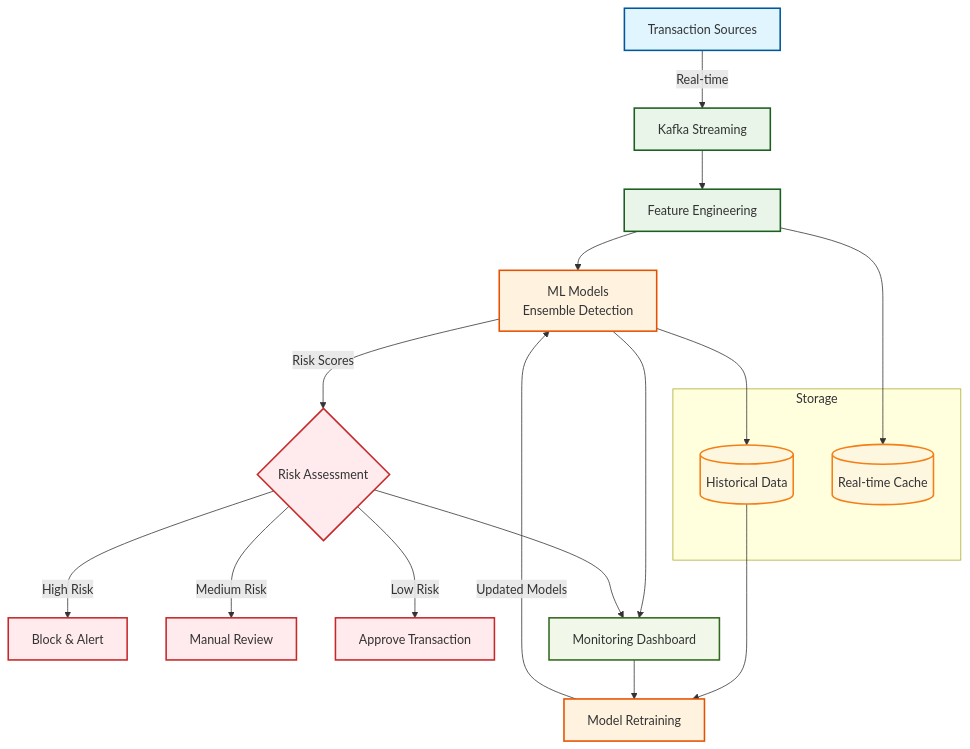
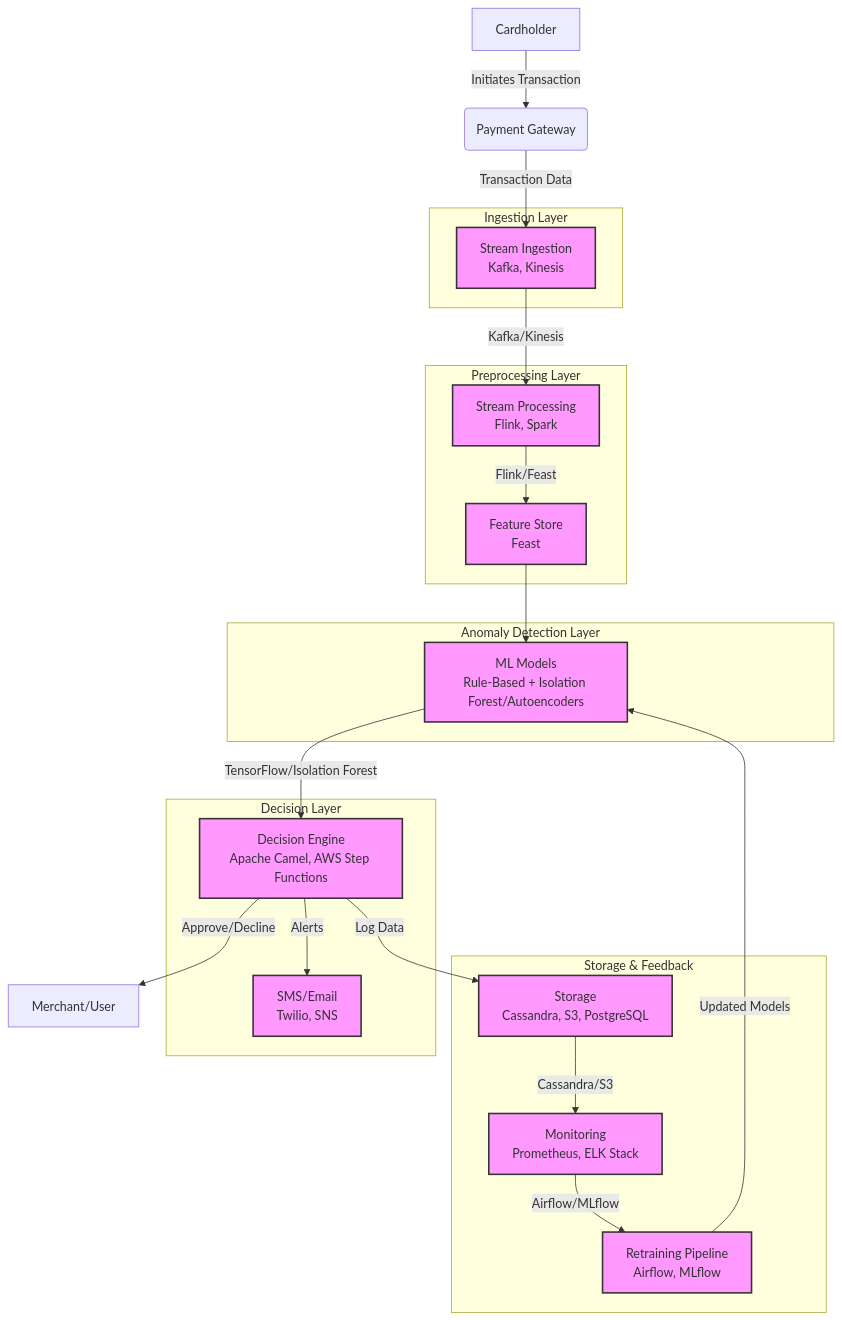
One commit to zotko/learning changed the diagram in anomaly_detection.md. Above: the diagram before and after it, drawn with Mermaid.

````diff
--- a/anomaly_detection.md
+++ b/anomaly_detection.md
@@ -3,39 +3,38 @@
 ```mermaid
 graph TD
-    A[Transaction Sources] -->|Real-time| B[Kafka Streaming]
-    B --> C[Feature Engineering]
-    C --> D[ML Models<br/>Ensemble Detection]
-    D -->|Risk Scores| E{Risk Assessment}
-    
-    E -->|High Risk| F[Block & Alert]
-    E -->|Medium Risk| G[Manual Review]
-    E -->|Low Risk| H[Approve Transaction]
-    
-    subgraph Storage
-        I[(Historical Data)]
-        J[(Real-time Cache)]
+    A[Cardholder] -->|Initiates Transaction| B(Payment Gateway)
+    B -->|Transaction Data| C[Ingestion Layer]
+    C -->|Kafka/Kinesis| D[Preprocessing Layer]
+    D -->|Flink/Feast| E[Feature Store]
+    E --> F[Anomaly Detection Layer]
+    F -->|TensorFlow/Isolation Forest| G[Decision Layer]
+    G -->|Approve/Decline| H[Merchant/User]
+    G -->|Alerts| I[Notification Service]
+    G -->|Log Data| J[Storage Layer]
+    J -->|Cassandra/S3| K[Monitoring & Feedback]
+    K -->|Airflow/MLflow| L[Model Retraining]
+    L -->|Updated Models| F
+
+    subgraph Ingestion Layer
+        C[Stream Ingestion<br>Kafka, Kinesis]
     end
-    
-    C --> J
-    D --> I
-    K[Model Retraining] -->|Updated Models| D
-    I --> K
-    
-    L[Monitoring Dashboard] --> K
-    D --> L
-    E --> L
-    
-    classDef source fill:#e1f5fe,stroke:#01579b,stroke-width:2px
-    classDef processing fill:#e8f5e8,stroke:#1b5e20,stroke-width:2px
-    classDef ml fill:#fff3e0,stroke:#e65100,stroke-width:2px
-    classDef decision fill:#ffebee,stroke:#c62828,stroke-width:2px
-    classDef storage fill:#fef7e0,stroke:#f57f17,stroke-width:2px
-    classDef monitoring fill:#f1f8e9,stroke:#33691e,stroke-width:2px
-    
-    class A source
-    class B,C processing
-    class D,K ml
-    class E,F,G,H decision
-    class I,J storage
-    class L monitoring
+    subgraph Preprocessing Layer
+        D[Stream Processing<br>Flink, Spark]
+        E[Feature Store<br>Feast]
+    end
+    subgraph Anomaly Detection Layer
+        F[ML Models<br>Rule-Based + Isolation Forest/Autoencoders]
+    end
+    subgraph Decision Layer
+        G[Decision Engine<br>Apache Camel, AWS Step Functions]
+        I[SMS/Email<br>Twilio, SNS]
+    end
+    subgraph Storage & Feedback
+        J[Storage<br>Cassandra, S3, PostgreSQL]
+        K[Monitoring<br>Prometheus, ELK Stack]
+        L[Retraining Pipeline<br>Airflow, MLflow]
+    end
+
+    classDef layer fill:#f9f,stroke:#333,stroke-width:2px;
+    class C,D,E,F,G,I,J,K,L layer;
 ```
````
